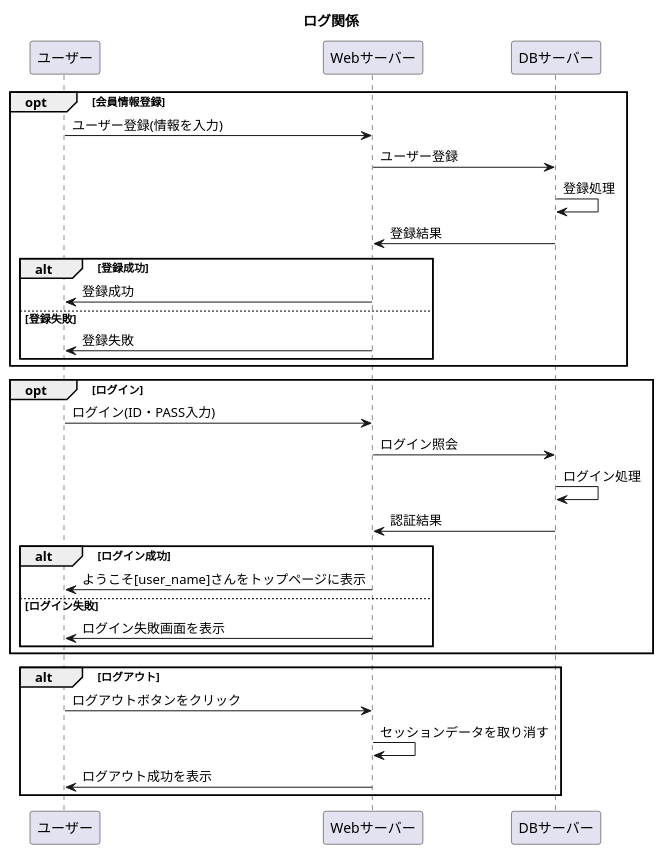
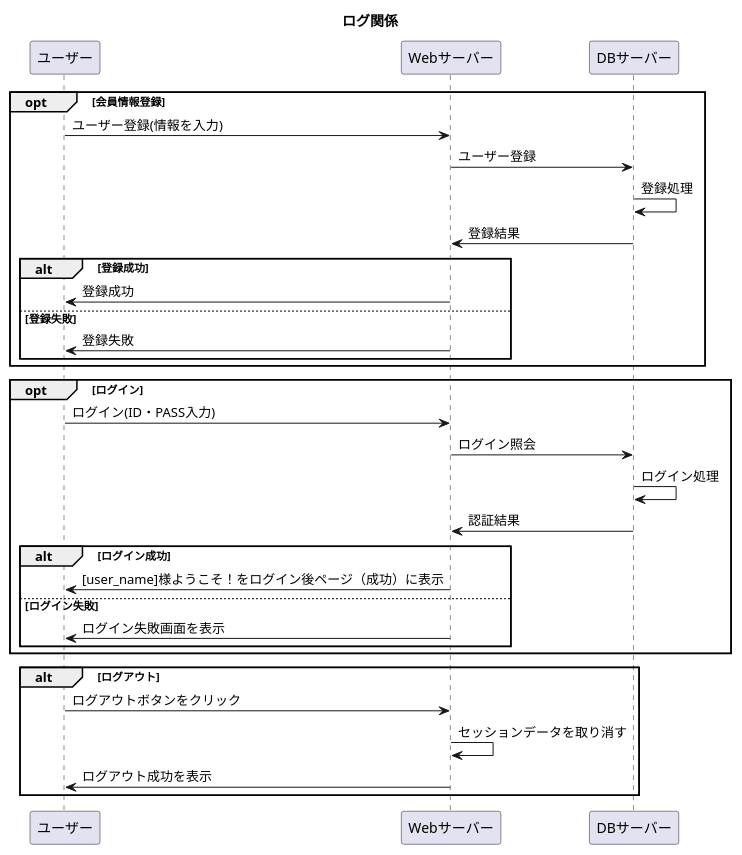
One commit to Aso2001227/Aso-Sports-1 changed the diagram in 設計書/02_業務フロー/Log-flow.md. Above: the diagram before and after it, drawn with PlantUML.

````diff
--- a/設計書/02_業務フロー/Log-flow.md
+++ b/設計書/02_業務フロー/Log-flow.md
@@ -1,32 +1,32 @@
 ```uml
 @startuml
 title: ログ関係
 opt 会員情報登録
   ユーザー -> Webサーバー : ユーザー登録(情報を入力)
   Webサーバー -> DBサーバー : ユーザー登録
   DBサーバー -> DBサーバー : 登録処理
   DBサーバー -> Webサーバー : 登録結果
   alt 登録成功
     Webサーバー -> ユーザー : 登録成功
     else 登録失敗
     Webサーバー -> ユーザー : 登録失敗
   end
   end
   opt ログイン
       ユーザー -> Webサーバー : ログイン(ID・PASS入力)
       Webサーバー -> DBサーバー : ログイン照会
       DBサーバー -> DBサーバー : ログイン処理
       DBサーバー -> Webサーバー : 認証結果
       alt ログイン成功
-        Webサーバー -> ユーザー : ようこそ[user_name]さんをトップページに表示
+        Webサーバー -> ユーザー : [user_name]様ようこそ！をログイン後ページ（成功）に表示
        else ログイン失敗
         Webサーバー -> ユーザー : ログイン失敗画面を表示
       end
       end
     alt ログアウト
       ユーザー ->Webサーバー :ログアウトボタンをクリック
       Webサーバー -> Webサーバー :セッションデータを取り消す
       Webサーバー -> ユーザー :ログアウト成功を表示
      end
 @enduml
 ```
````
